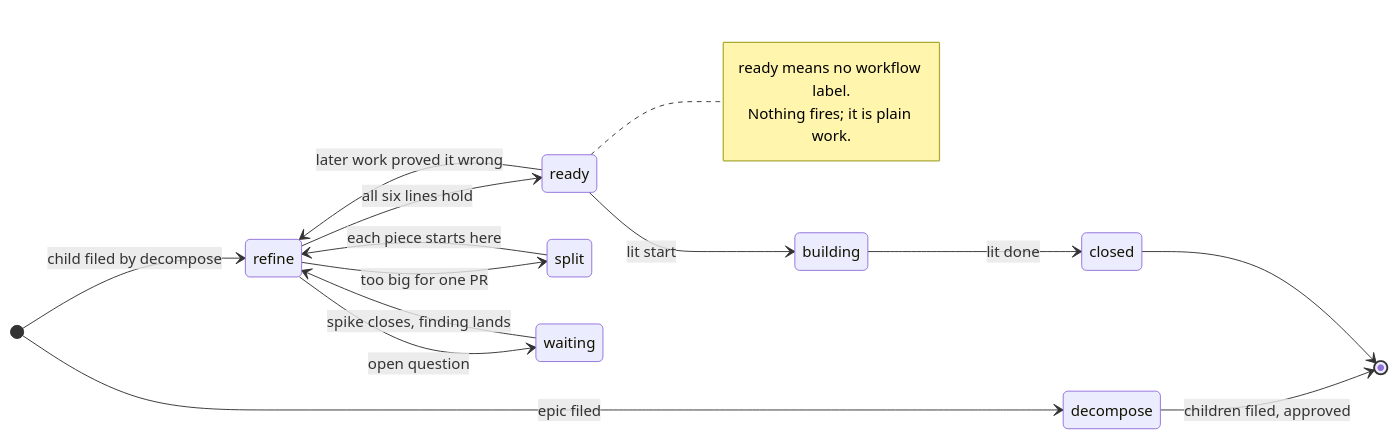
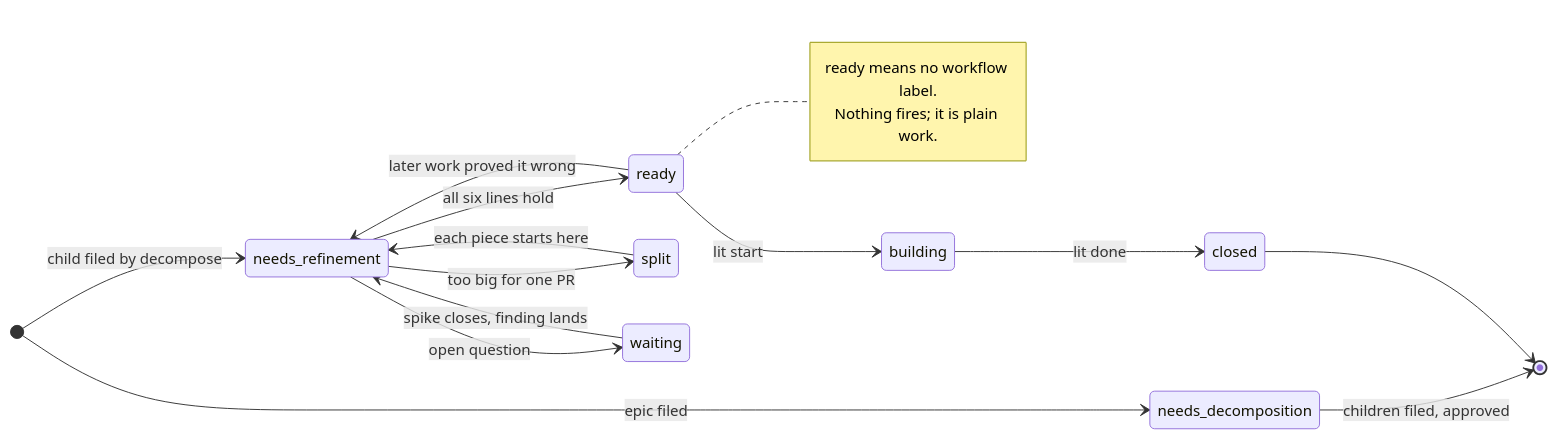
Before and after one commit to promptctl/orange-drink: the second of 2 diagrams in docs/planning-workflow.md, drawn with Mermaid. The commit also changed other lines of this file and 4 other files, not shown here.

First line of the commit message:
Rename the workflow labels to needs-refinement and needs-decomposition

````diff
--- a/docs/planning-workflow.md
+++ b/docs/planning-workflow.md
@@ -64,22 +64,22 @@
 ```mermaid
 stateDiagram-v2
     direction LR
-    [*] --> decompose: epic filed
-    decompose --> [*]: children filed, approved
+    [*] --> needs_decomposition: epic filed
+    needs_decomposition --> [*]: children filed, approved
 
-    [*] --> refine: child filed by decompose
-    refine --> ready: all six lines hold
-    refine --> split: too big for one PR
-    split --> refine: each piece starts here
-    refine --> waiting: open question
-    waiting --> refine: spike closes, finding lands
+    [*] --> needs_refinement: child filed by decompose
+    needs_refinement --> ready: all six lines hold
+    needs_refinement --> split: too big for one PR
+    split --> needs_refinement: each piece starts here
+    needs_refinement --> waiting: open question
+    waiting --> needs_refinement: spike closes, finding lands
     ready --> building: lit start
     building --> closed: lit done
-    ready --> refine: later work proved it wrong
+    ready --> needs_refinement: later work proved it wrong
     closed --> [*]
 
     note right of ready
         ready means no workflow label.
         Nothing fires; it is plain work.
     end note
 ```
````
